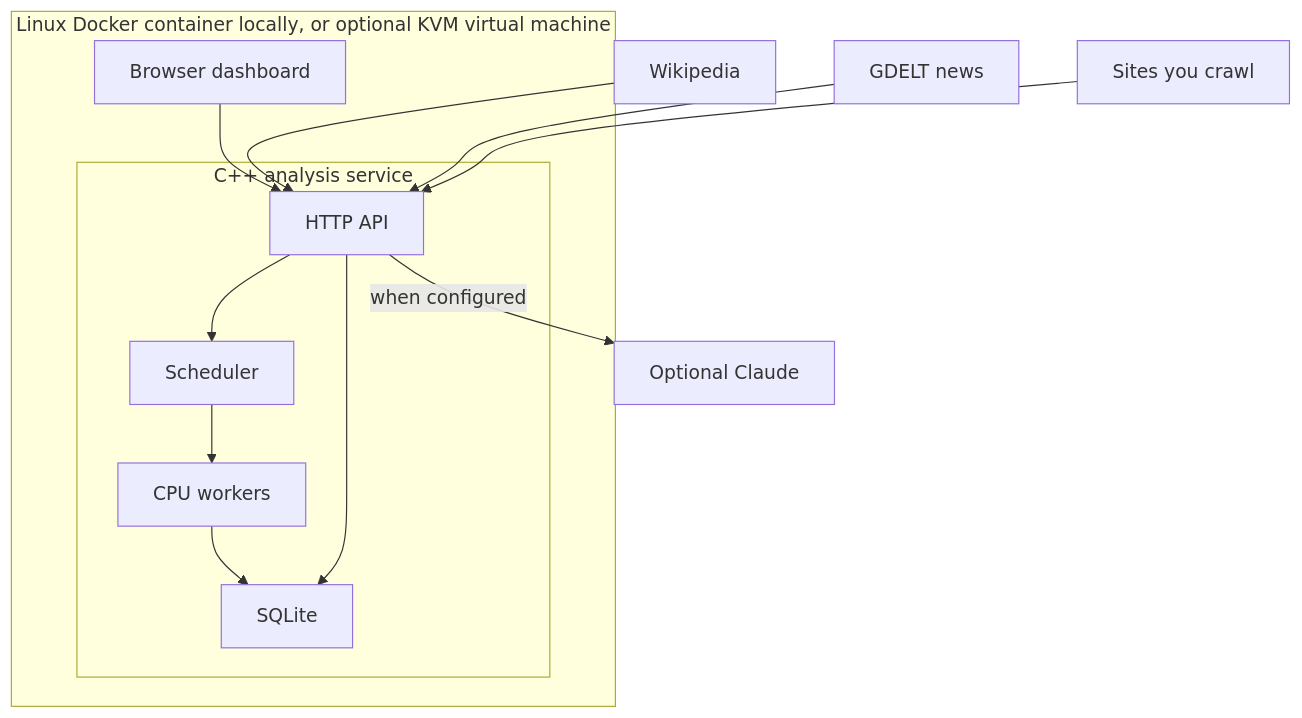
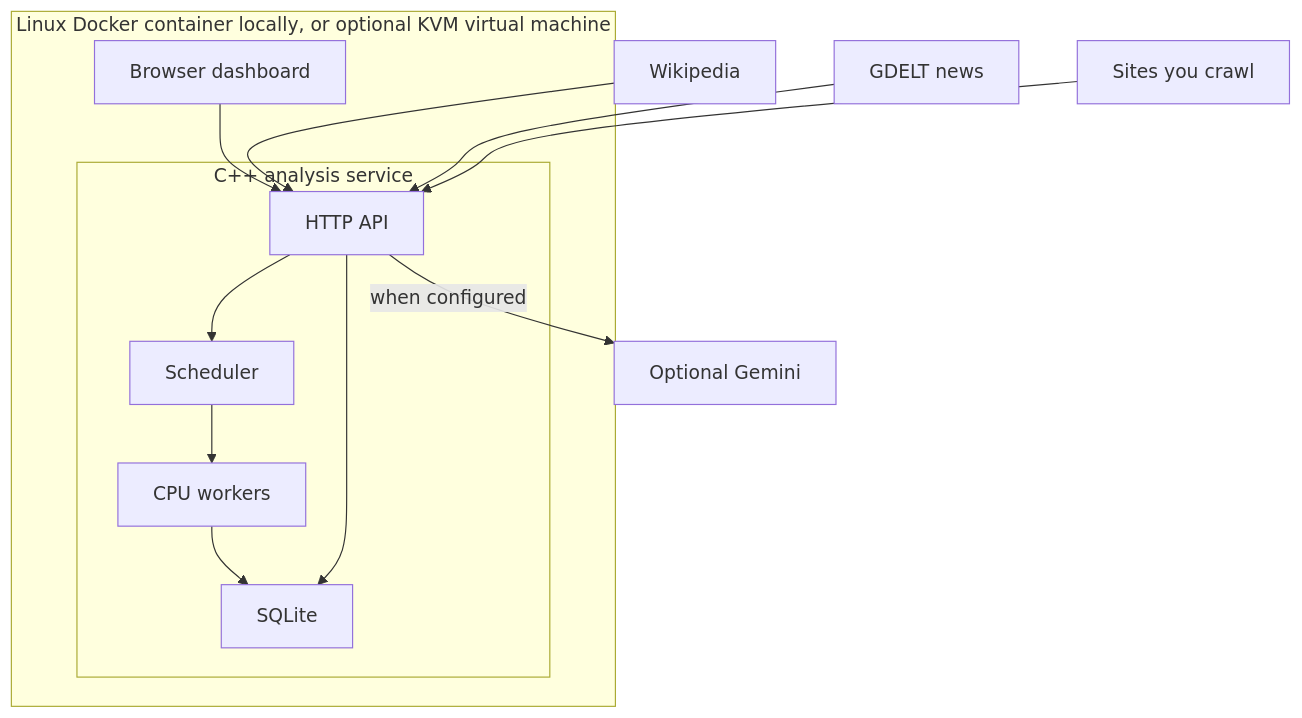
The first of 2 diagrams in README.md (shrutiebony/KnowledgeOS), drawn with Mermaid before and after one commit. The commit also changed other lines of this file and 64 other files, not shown here.

````diff
--- a/README.md
+++ b/README.md
@@ -27,25 +27,25 @@
 ```mermaid
 flowchart TB
   subgraph runtime["Linux Docker container locally, or optional KVM virtual machine"]
     browser["Browser dashboard"]
     subgraph service["C++ analysis service"]
       api["HTTP API"]
       scheduler["Scheduler"]
       workers["CPU workers"]
       sqlite["SQLite"]
     end
     browser --> api
     api --> scheduler
     scheduler --> workers
     workers --> sqlite
     api --> sqlite
   end
-  claude["Optional Claude"]
+  gemini["Optional Gemini"]
   wiki["Wikipedia"]
   gdelt["GDELT news"]
   sites["Sites you crawl"]
-  api -->|"when configured"| claude
+  api -->|"when configured"| gemini
   wiki --> api
   gdelt --> api
   sites --> api
 ```
````
